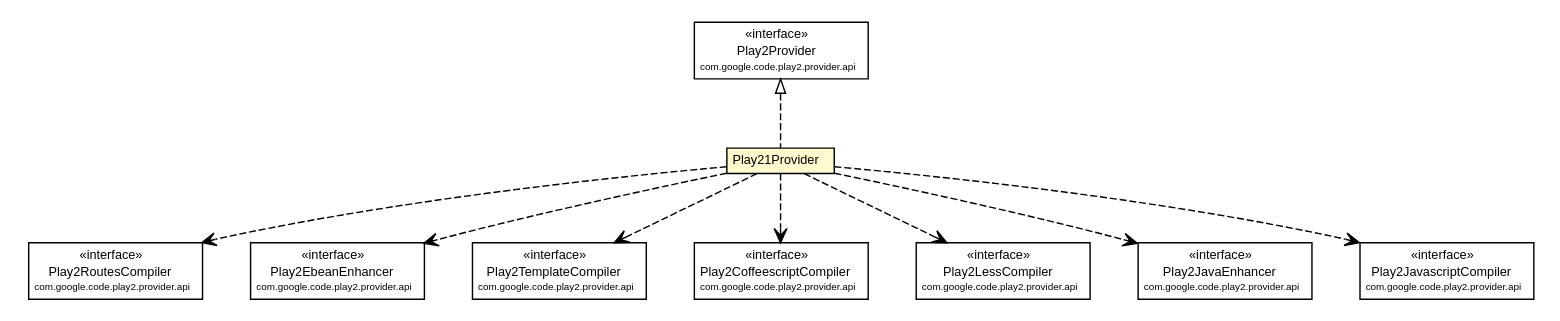
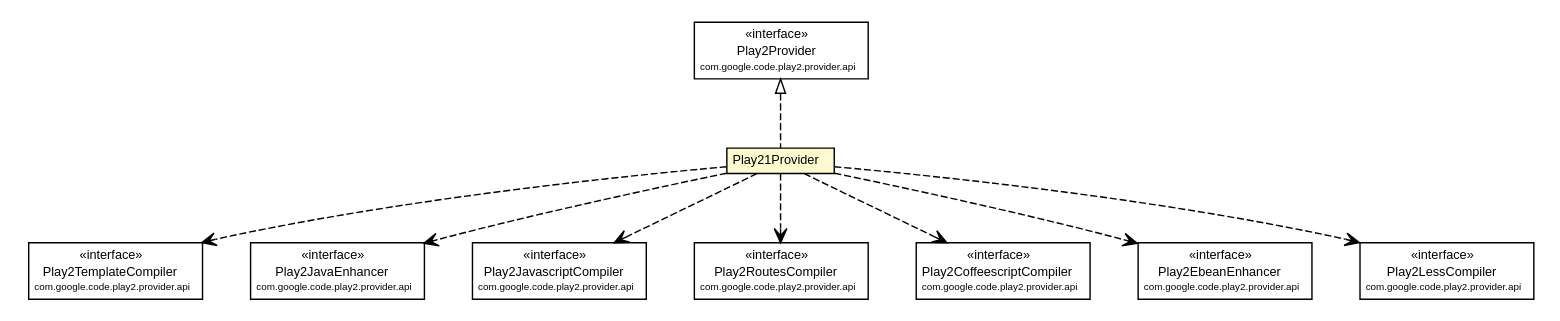
The diagram in mavensite/1.0.0-alpha7-SNAPSHOT/play2-providers/play2-provider-play21/apidocs/com/google/code/play2/provider/play21/Play21Provider.dot (wouterhardeman/play2-maven-plugin), drawn with Graphviz before and after one commit. The commit also changed 227 other files, not shown here.

Commit message:
Production site for version "1.0.0-alpha7-SNAPSHOT" - updated.

```diff
--- a/mavensite/1.0.0-alpha7-SNAPSHOT/play2-providers/play2-provider-play21/apidocs/com/google/code/play2/provider/play21/Play21Provider.dot
+++ b/mavensite/1.0.0-alpha7-SNAPSHOT/play2-providers/play2-provider-play21/apidocs/com/google/code/play2/provider/play21/Play21Provider.dot
@@ -17,22 +17,22 @@
 		</table>>, URL="./Play21Provider.html", fontname="arial", fontcolor="black", fontsize=9.0];
 	//com.google.code.play2.provider.play21.Play21Provider implements com.google.code.play2.provider.api.Play2Provider
 	c181:p -> c172:p [dir=back,arrowtail=empty,style=dashed];
+	// com.google.code.play2.provider.play21.Play21Provider DEPEND com.google.code.play2.provider.api.Play2TemplateCompiler
+	c172:p -> c182:p [taillabel="", label="", headlabel="", fontname="arial", fontcolor="black", fontsize=10.0, color="black", arrowhead=open, style=dashed];
+	// com.google.code.play2.provider.play21.Play21Provider DEPEND com.google.code.play2.provider.api.Play2JavaEnhancer
+	c172:p -> c183:p [taillabel="", label="", headlabel="", fontname="arial", fontcolor="black", fontsize=10.0, color="black", arrowhead=open, style=dashed];
+	// com.google.code.play2.provider.play21.Play21Provider DEPEND com.google.code.play2.provider.api.Play2JavascriptCompiler
+	c172:p -> c184:p [taillabel="", label="", headlabel="", fontname="arial", fontcolor="black", fontsize=10.0, color="black", arrowhead=open, style=dashed];
 	// com.google.code.play2.provider.play21.Play21Provider DEPEND com.google.code.play2.provider.api.Play2RoutesCompiler
-	c172:p -> c182:p [taillabel="", label="", headlabel="", fontname="arial", fontcolor="black", fontsize=10.0, color="black", arrowhead=open, style=dashed];
+	c172:p -> c185:p [taillabel="", label="", headlabel="", fontname="arial", fontcolor="black", fontsize=10.0, color="black", arrowhead=open, style=dashed];
+	// com.google.code.play2.provider.play21.Play21Provider DEPEND com.google.code.play2.provider.api.Play2CoffeescriptCompiler
+	c172:p -> c186:p [taillabel="", label="", headlabel="", fontname="arial", fontcolor="black", fontsize=10.0, color="black", arrowhead=open, style=dashed];
 	// com.google.code.play2.provider.play21.Play21Provider DEPEND com.google.code.play2.provider.api.Play2EbeanEnhancer
-	c172:p -> c183:p [taillabel="", label="", headlabel="", fontname="arial", fontcolor="black", fontsize=10.0, color="black", arrowhead=open, style=dashed];
-	// com.google.code.play2.provider.play21.Play21Provider DEPEND com.google.code.play2.provider.api.Play2TemplateCompiler
-	c172:p -> c184:p [taillabel="", label="", headlabel="", fontname="arial", fontcolor="black", fontsize=10.0, color="black", arrowhead=open, style=dashed];
-	// com.google.code.play2.provider.play21.Play21Provider DEPEND com.google.code.play2.provider.api.Play2CoffeescriptCompiler
-	c172:p -> c185:p [taillabel="", label="", headlabel="", fontname="arial", fontcolor="black", fontsize=10.0, color="black", arrowhead=open, style=dashed];
+	c172:p -> c187:p [taillabel="", label="", headlabel="", fontname="arial", fontcolor="black", fontsize=10.0, color="black", arrowhead=open, style=dashed];
 	// com.google.code.play2.provider.play21.Play21Provider DEPEND com.google.code.play2.provider.api.Play2LessCompiler
-	c172:p -> c186:p [taillabel="", label="", headlabel="", fontname="arial", fontcolor="black", fontsize=10.0, color="black", arrowhead=open, style=dashed];
-	// com.google.code.play2.provider.play21.Play21Provider DEPEND com.google.code.play2.provider.api.Play2JavaEnhancer
-	c172:p -> c187:p [taillabel="", label="", headlabel="", fontname="arial", fontcolor="black", fontsize=10.0, color="black", arrowhead=open, style=dashed];
-	// com.google.code.play2.provider.play21.Play21Provider DEPEND com.google.code.play2.provider.api.Play2JavascriptCompiler
 	c172:p -> c188:p [taillabel="", label="", headlabel="", fontname="arial", fontcolor="black", fontsize=10.0, color="black", arrowhead=open, style=dashed];
 	// com.google.code.play2.provider.api.Play2EbeanEnhancer
-	c183 [label=<<table title="com.google.code.play2.provider.api.Play2EbeanEnhancer" border="0" cellborder="1" cellspacing="0" cellpadding="2" port="p" href="https://play2-maven-plugin.googlecode.com/svn/mavensite/1.0.0-alpha7-SNAPSHOT/play2-provider-api/apidocs/com/google/code/play2/provider/api/Play2EbeanEnhancer.html">
+	c187 [label=<<table title="com.google.code.play2.provider.api.Play2EbeanEnhancer" border="0" cellborder="1" cellspacing="0" cellpadding="2" port="p" href="https://play2-maven-plugin.googlecode.com/svn/mavensite/1.0.0-alpha7-SNAPSHOT/play2-provider-api/apidocs/com/google/code/play2/provider/api/Play2EbeanEnhancer.html">
 		<tr><td><table border="0" cellspacing="0" cellpadding="1">
 <tr><td align="center" balign="center"> &#171;interface&#187; </td></tr>
 <tr><td align="center" balign="center"> Play2EbeanEnhancer </td></tr>
@@ -40,7 +40,7 @@
 		</table></td></tr>
 		</table>>, URL="https://play2-maven-plugin.googlecode.com/svn/mavensite/1.0.0-alpha7-SNAPSHOT/play2-provider-api/apidocs/com/google/code/play2/provider/api/Play2EbeanEnhancer.html", fontname="arial", fontcolor="black", fontsize=9.0];
 	// com.google.code.play2.provider.api.Play2LessCompiler
-	c186 [label=<<table title="com.google.code.play2.provider.api.Play2LessCompiler" border="0" cellborder="1" cellspacing="0" cellpadding="2" port="p" href="https://play2-maven-plugin.googlecode.com/svn/mavensite/1.0.0-alpha7-SNAPSHOT/play2-provider-api/apidocs/com/google/code/play2/provider/api/Play2LessCompiler.html">
+	c188 [label=<<table title="com.google.code.play2.provider.api.Play2LessCompiler" border="0" cellborder="1" cellspacing="0" cellpadding="2" port="p" href="https://play2-maven-plugin.googlecode.com/svn/mavensite/1.0.0-alpha7-SNAPSHOT/play2-provider-api/apidocs/com/google/code/play2/provider/api/Play2LessCompiler.html">
 		<tr><td><table border="0" cellspacing="0" cellpadding="1">
 <tr><td align="center" balign="center"> &#171;interface&#187; </td></tr>
 <tr><td align="center" balign="center"> Play2LessCompiler </td></tr>
@@ -48,7 +48,7 @@
 		</table></td></tr>
 		</table>>, URL="https://play2-maven-plugin.googlecode.com/svn/mavensite/1.0.0-alpha7-SNAPSHOT/play2-provider-api/apidocs/com/google/code/play2/provider/api/Play2LessCompiler.html", fontname="arial", fontcolor="black", fontsize=9.0];
 	// com.google.code.play2.provider.api.Play2CoffeescriptCompiler
-	c185 [label=<<table title="com.google.code.play2.provider.api.Play2CoffeescriptCompiler" border="0" cellborder="1" cellspacing="0" cellpadding="2" port="p" href="https://play2-maven-plugin.googlecode.com/svn/mavensite/1.0.0-alpha7-SNAPSHOT/play2-provider-api/apidocs/com/google/code/play2/provider/api/Play2CoffeescriptCompiler.html">
+	c186 [label=<<table title="com.google.code.play2.provider.api.Play2CoffeescriptCompiler" border="0" cellborder="1" cellspacing="0" cellpadding="2" port="p" href="https://play2-maven-plugin.googlecode.com/svn/mavensite/1.0.0-alpha7-SNAPSHOT/play2-provider-api/apidocs/com/google/code/play2/provider/api/Play2CoffeescriptCompiler.html">
 		<tr><td><table border="0" cellspacing="0" cellpadding="1">
 <tr><td align="center" balign="center"> &#171;interface&#187; </td></tr>
 <tr><td align="center" balign="center"> Play2CoffeescriptCompiler </td></tr>
@@ -56,7 +56,7 @@
 		</table></td></tr>
 		</table>>, URL="https://play2-maven-plugin.googlecode.com/svn/mavensite/1.0.0-alpha7-SNAPSHOT/play2-provider-api/apidocs/com/google/code/play2/provider/api/Play2CoffeescriptCompiler.html", fontname="arial", fontcolor="black", fontsize=9.0];
 	// com.google.code.play2.provider.api.Play2JavaEnhancer
-	c187 [label=<<table title="com.google.code.play2.provider.api.Play2JavaEnhancer" border="0" cellborder="1" cellspacing="0" cellpadding="2" port="p" href="https://play2-maven-plugin.googlecode.com/svn/mavensite/1.0.0-alpha7-SNAPSHOT/play2-provider-api/apidocs/com/google/code/play2/provider/api/Play2JavaEnhancer.html">
+	c183 [label=<<table title="com.google.code.play2.provider.api.Play2JavaEnhancer" border="0" cellborder="1" cellspacing="0" cellpadding="2" port="p" href="https://play2-maven-plugin.googlecode.com/svn/mavensite/1.0.0-alpha7-SNAPSHOT/play2-provider-api/apidocs/com/google/code/play2/provider/api/Play2JavaEnhancer.html">
 		<tr><td><table border="0" cellspacing="0" cellpadding="1">
 <tr><td align="center" balign="center"> &#171;interface&#187; </td></tr>
 <tr><td align="center" balign="center"> Play2JavaEnhancer </td></tr>
@@ -64,7 +64,7 @@
 		</table></td></tr>
 		</table>>, URL="https://play2-maven-plugin.googlecode.com/svn/mavensite/1.0.0-alpha7-SNAPSHOT/play2-provider-api/apidocs/com/google/code/play2/provider/api/Play2JavaEnhancer.html", fontname="arial", fontcolor="black", fontsize=9.0];
 	// com.google.code.play2.provider.api.Play2RoutesCompiler
-	c182 [label=<<table title="com.google.code.play2.provider.api.Play2RoutesCompiler" border="0" cellborder="1" cellspacing="0" cellpadding="2" port="p" href="https://play2-maven-plugin.googlecode.com/svn/mavensite/1.0.0-alpha7-SNAPSHOT/play2-provider-api/apidocs/com/google/code/play2/provider/api/Play2RoutesCompiler.html">
+	c185 [label=<<table title="com.google.code.play2.provider.api.Play2RoutesCompiler" border="0" cellborder="1" cellspacing="0" cellpadding="2" port="p" href="https://play2-maven-plugin.googlecode.com/svn/mavensite/1.0.0-alpha7-SNAPSHOT/play2-provider-api/apidocs/com/google/code/play2/provider/api/Play2RoutesCompiler.html">
 		<tr><td><table border="0" cellspacing="0" cellpadding="1">
 <tr><td align="center" balign="center"> &#171;interface&#187; </td></tr>
 <tr><td align="center" balign="center"> Play2RoutesCompiler </td></tr>
@@ -72,7 +72,7 @@
 		</table></td></tr>
 		</table>>, URL="https://play2-maven-plugin.googlecode.com/svn/mavensite/1.0.0-alpha7-SNAPSHOT/play2-provider-api/apidocs/com/google/code/play2/provider/api/Play2RoutesCompiler.html", fontname="arial", fontcolor="black", fontsize=9.0];
 	// com.google.code.play2.provider.api.Play2JavascriptCompiler
-	c188 [label=<<table title="com.google.code.play2.provider.api.Play2JavascriptCompiler" border="0" cellborder="1" cellspacing="0" cellpadding="2" port="p" href="https://play2-maven-plugin.googlecode.com/svn/mavensite/1.0.0-alpha7-SNAPSHOT/play2-provider-api/apidocs/com/google/code/play2/provider/api/Play2JavascriptCompiler.html">
+	c184 [label=<<table title="com.google.code.play2.provider.api.Play2JavascriptCompiler" border="0" cellborder="1" cellspacing="0" cellpadding="2" port="p" href="https://play2-maven-plugin.googlecode.com/svn/mavensite/1.0.0-alpha7-SNAPSHOT/play2-provider-api/apidocs/com/google/code/play2/provider/api/Play2JavascriptCompiler.html">
 		<tr><td><table border="0" cellspacing="0" cellpadding="1">
 <tr><td align="center" balign="center"> &#171;interface&#187; </td></tr>
 <tr><td align="center" balign="center"> Play2JavascriptCompiler </td></tr>
@@ -88,7 +88,7 @@
 		</table></td></tr>
 		</table>>, URL="https://play2-maven-plugin.googlecode.com/svn/mavensite/1.0.0-alpha7-SNAPSHOT/play2-provider-api/apidocs/com/google/code/play2/provider/api/Play2Provider.html", fontname="arial", fontcolor="black", fontsize=9.0];
 	// com.google.code.play2.provider.api.Play2TemplateCompiler
-	c184 [label=<<table title="com.google.code.play2.provider.api.Play2TemplateCompiler" border="0" cellborder="1" cellspacing="0" cellpadding="2" port="p" href="https://play2-maven-plugin.googlecode.com/svn/mavensite/1.0.0-alpha7-SNAPSHOT/play2-provider-api/apidocs/com/google/code/play2/provider/api/Play2TemplateCompiler.html">
+	c182 [label=<<table title="com.google.code.play2.provider.api.Play2TemplateCompiler" border="0" cellborder="1" cellspacing="0" cellpadding="2" port="p" href="https://play2-maven-plugin.googlecode.com/svn/mavensite/1.0.0-alpha7-SNAPSHOT/play2-provider-api/apidocs/com/google/code/play2/provider/api/Play2TemplateCompiler.html">
 		<tr><td><table border="0" cellspacing="0" cellpadding="1">
 <tr><td align="center" balign="center"> &#171;interface&#187; </td></tr>
 <tr><td align="center" balign="center"> Play2TemplateCompiler </td></tr>
```
